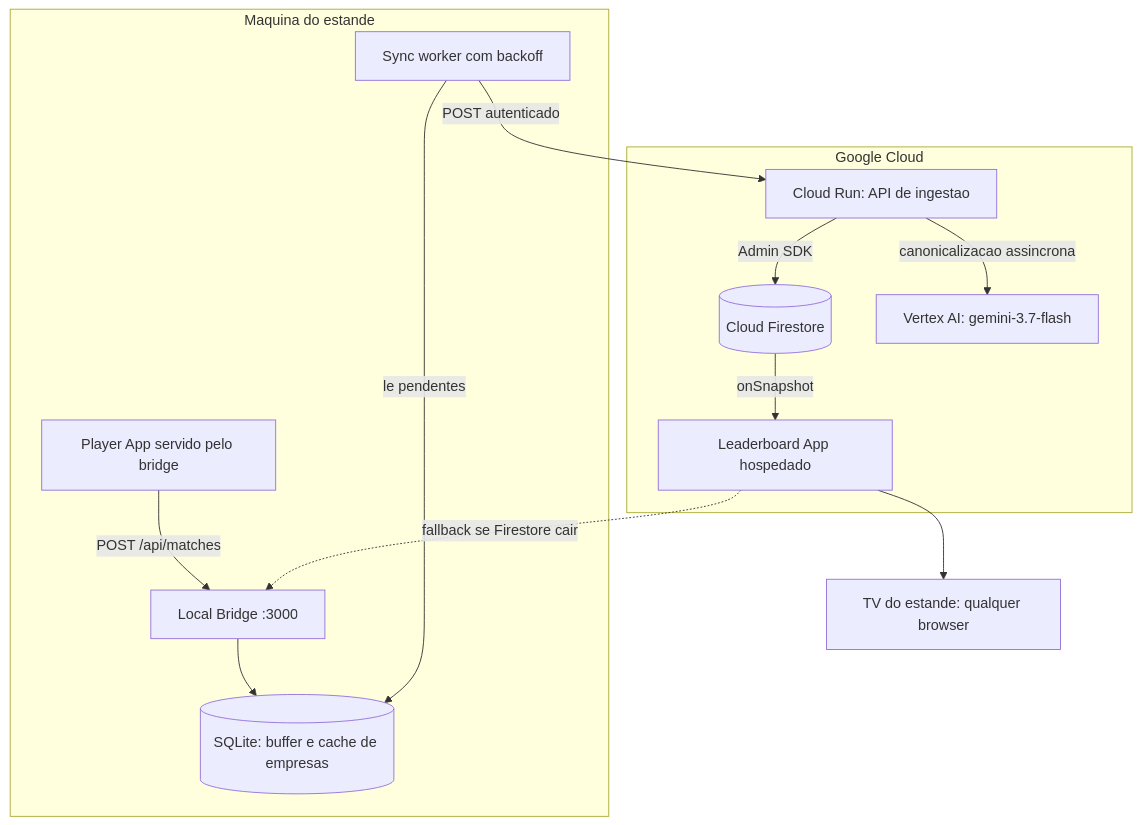
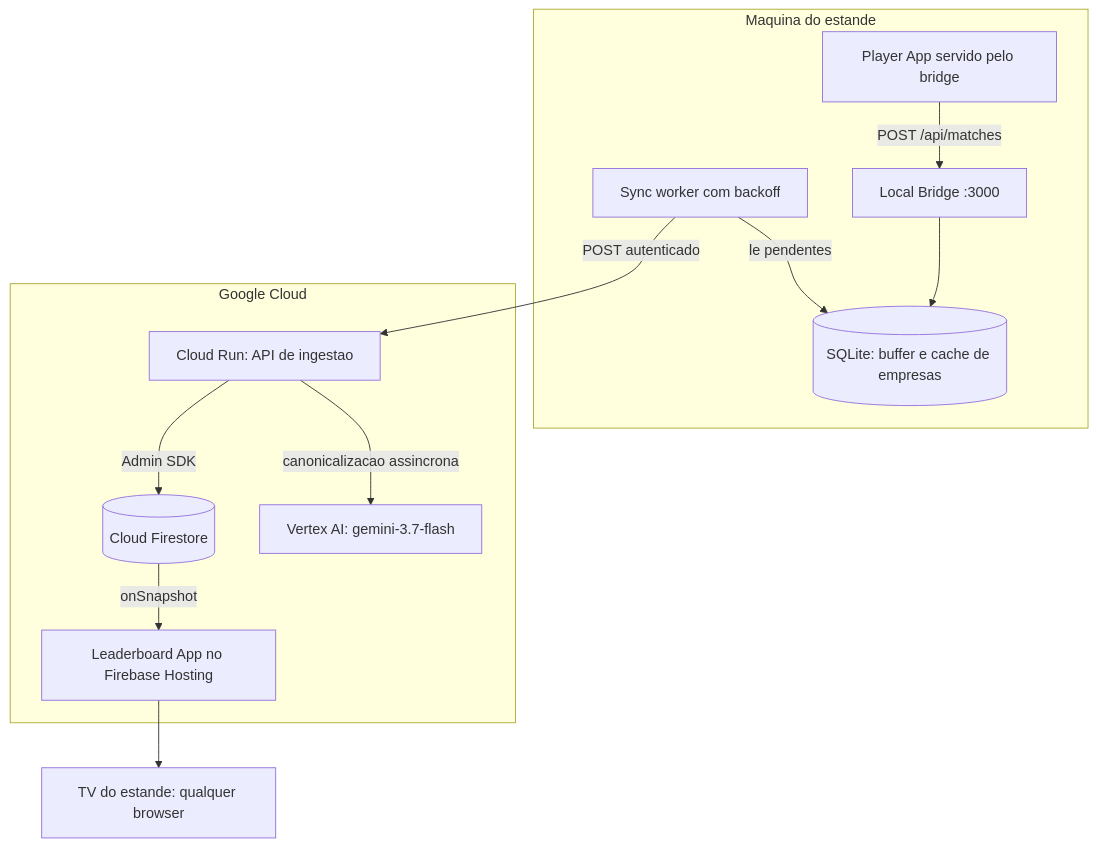
Before and after one commit to carlosmscabral/jogo-de-navinha-agy-summit-26: the second of 2 diagrams in specs/05_LEADERBOARD_AND_CLOUD_SPEC.md, drawn with Mermaid. The commit also changed other lines of this file and 8 other files, not shown here.

````diff
--- a/specs/05_LEADERBOARD_AND_CLOUD_SPEC.md
+++ b/specs/05_LEADERBOARD_AND_CLOUD_SPEC.md
@@ -42,28 +42,27 @@
 ```mermaid
 graph TD
     subgraph Booth [Maquina do estande]
         GAME[Player App servido pelo bridge]
         BRIDGE[Local Bridge :3000]
         SQLITE[(SQLite: buffer e cache de empresas)]
         SYNC[Sync worker com backoff]
     end
 
     subgraph Cloud [Google Cloud]
         RUN[Cloud Run: API de ingestao]
         FS[(Cloud Firestore)]
         VERTEX[Vertex AI: gemini-3.7-flash]
-        TVAPP[Leaderboard App hospedado]
+        TVAPP[Leaderboard App no Firebase Hosting]
     end
 
     TV[TV do estande: qualquer browser]
 
     GAME -->|POST /api/matches| BRIDGE
     BRIDGE --> SQLITE
     SYNC -->|le pendentes| SQLITE
     SYNC -->|POST autenticado| RUN
     RUN -->|Admin SDK| FS
     RUN -->|canonicalizacao assincrona| VERTEX
     FS -->|onSnapshot| TVAPP
     TVAPP --> TV
-    TVAPP -.->|fallback se Firestore cair| BRIDGE
 ```
````
